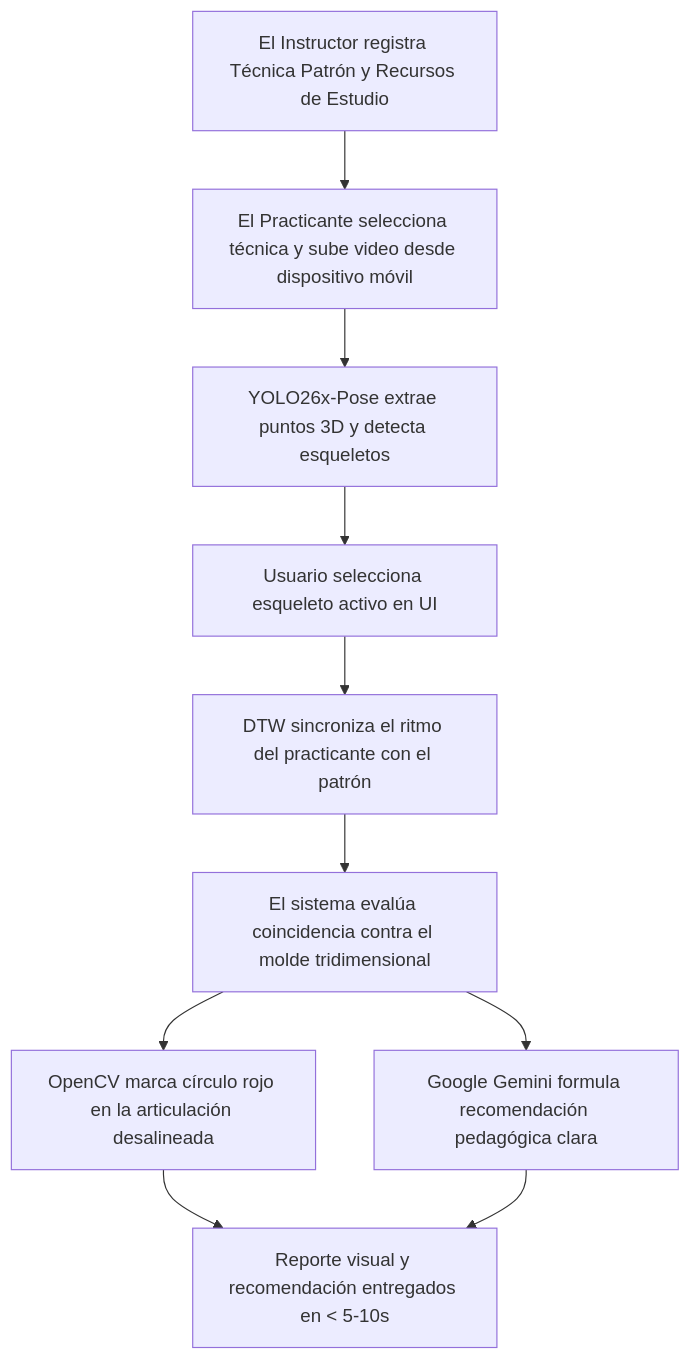
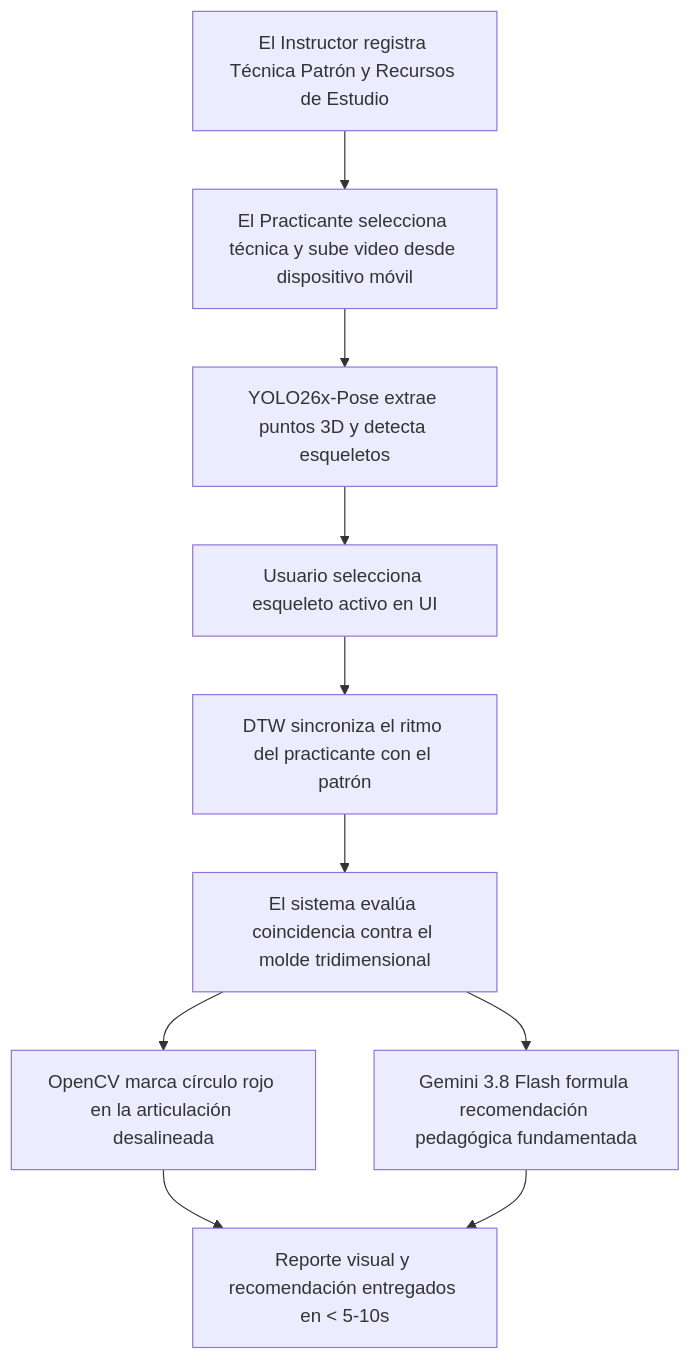
Before and after one commit to Tsmrain/JiuJitsu: the third of 8 diagrams in README.md, drawn with Mermaid. The commit also changed other lines of this file, not shown here.

Commit message:
docs: update RAG architecture documentation to specify Gemini Embedding 2 and Gemini 3.8 Flash models

````diff
--- a/README.md
+++ b/README.md
@@ -247,12 +247,12 @@
 ```mermaid
 flowchart TD
     A[El Instructor registra Técnica Patrón y Recursos de Estudio] --> B[El Practicante selecciona técnica y sube video desde dispositivo móvil]
     B --> C1[YOLO26x-Pose extrae puntos 3D y detecta esqueletos]
     C1 --> C2[Usuario selecciona esqueleto activo en UI]
     C2 --> D[DTW sincroniza el ritmo del practicante con el patrón]
     D --> E[El sistema evalúa coincidencia contra el molde tridimensional]
     E --> F[OpenCV marca círculo rojo en la articulación desalineada]
-    E --> G[Google Gemini formula recomendación pedagógica clara]
+    E --> G[Gemini 3.8 Flash formula recomendación pedagógica fundamentada]
     F --> H[Reporte visual y recomendación entregados en < 5-10s]
     G --> H
 ```
````
